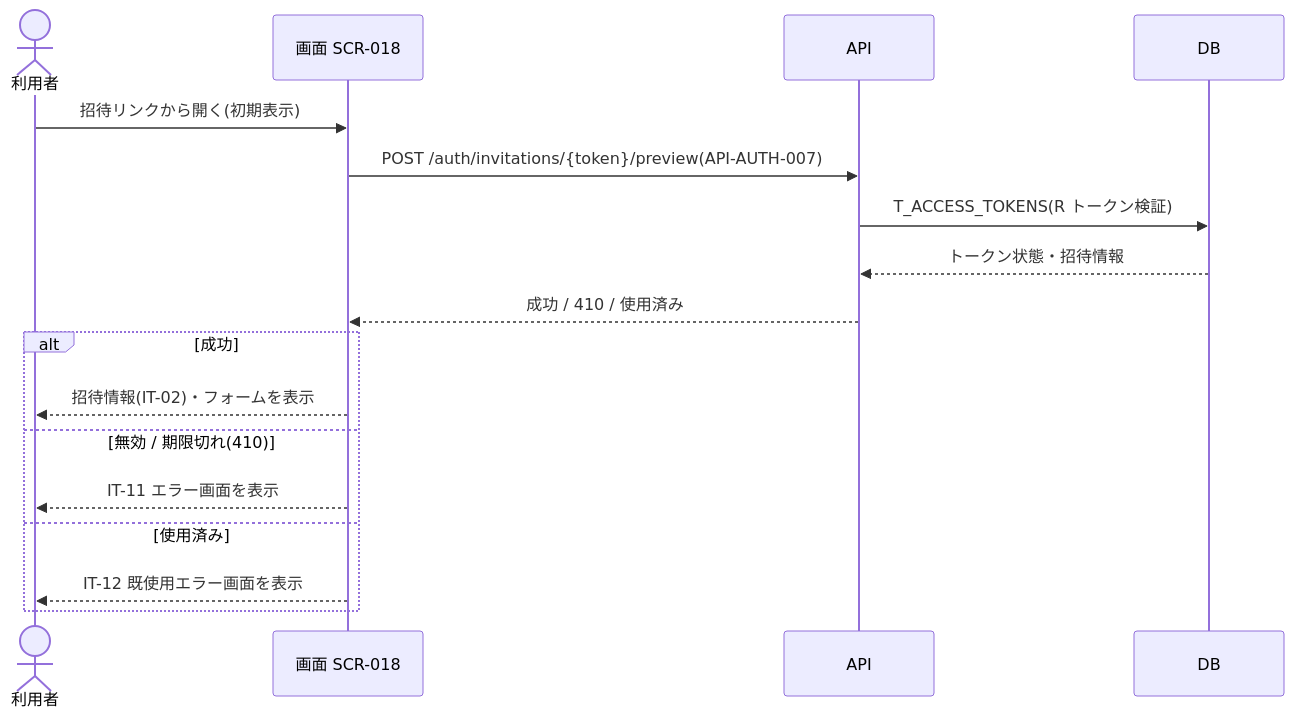
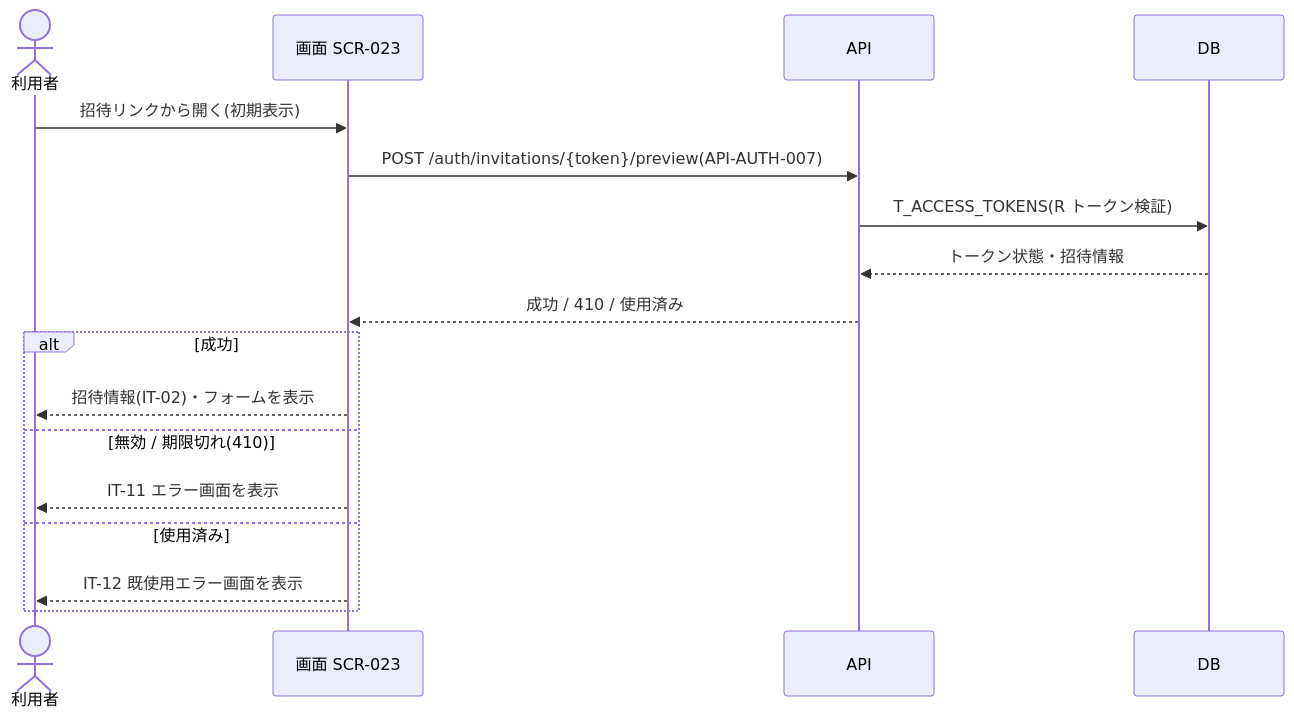
One commit to sikakou54/open-faq changed the diagram in 01_requirements/02_business_usecases/UC-181.md. Above: the diagram before and after it, drawn with Mermaid. The commit also changed other lines of this file and 617 other files, not shown here.

````diff
--- a/01_requirements/02_business_usecases/UC-181.md
+++ b/01_requirements/02_business_usecases/UC-181.md
@@ -38,19 +38,19 @@
 ```mermaid
 sequenceDiagram
   actor U as 利用者
-  participant S as 画面 SCR-018
+  participant S as 画面 SCR-023
   participant API as API
   participant DB as DB
   U->>S: 招待リンクから開く(初期表示)
   S->>API: POST /auth/invitations/{token}/preview(API-AUTH-007)
   API->>DB: T_ACCESS_TOKENS(R トークン検証)
   DB-->>API: トークン状態・招待情報
   API-->>S: 成功 / 410 / 使用済み
   alt 成功
     S-->>U: 招待情報(IT-02)・フォームを表示
   else 無効 / 期限切れ(410)
     S-->>U: IT-11 エラー画面を表示
   else 使用済み
     S-->>U: IT-12 既使用エラー画面を表示
   end
 ```
````
